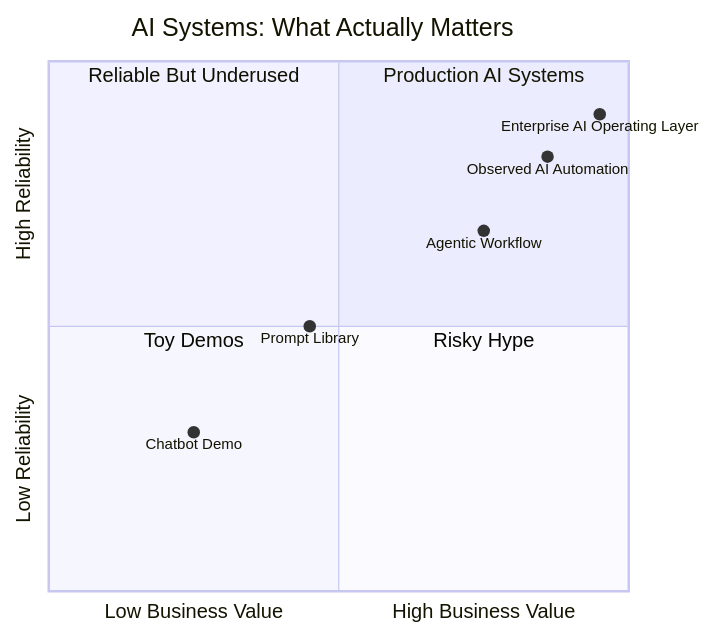
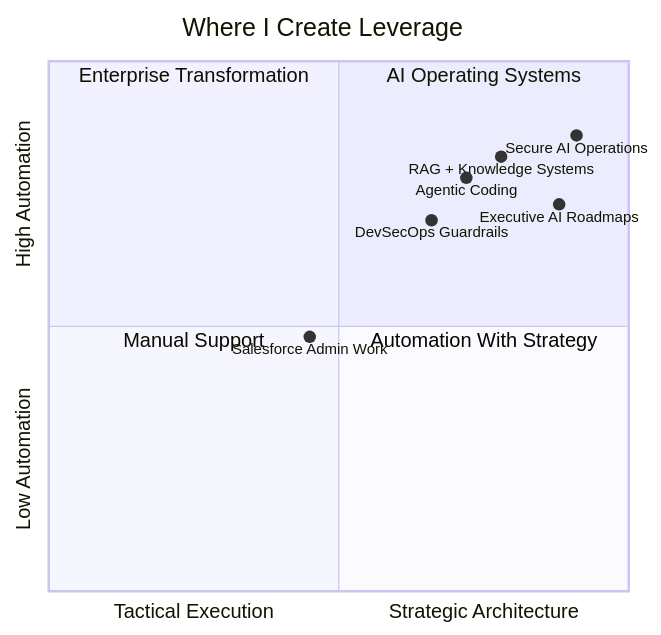
One commit to MahaKoala/MahaKoala changed the seventh of 7 diagrams in README.md. Above: the diagram before and after it, drawn with Mermaid. The commit also changed other lines of this file, not shown here.

````diff
--- a/README.md
+++ b/README.md
@@ -343,15 +389,16 @@
 ```mermaid
 quadrantChart
-    title AI Systems: What Actually Matters
-    x-axis Low Business Value --> High Business Value
-    y-axis Low Reliability --> High Reliability
-    quadrant-1 Production AI Systems
-    quadrant-2 Reliable But Underused
-    quadrant-3 Toy Demos
-    quadrant-4 Risky Hype
-    "Chatbot Demo": [0.25, 0.30]
-    "Prompt Library": [0.45, 0.50]
-    "Agentic Workflow": [0.75, 0.68]
-    "Observed AI Automation": [0.86, 0.82]
-    "Enterprise AI Operating Layer": [0.95, 0.90]
+    title Where I Create Leverage
+    x-axis Tactical Execution --> Strategic Architecture
+    y-axis Low Automation --> High Automation
+    quadrant-1 AI Operating Systems
+    quadrant-2 Enterprise Transformation
+    quadrant-3 Manual Support
+    quadrant-4 Automation With Strategy
+    "Salesforce Admin Work": [0.45, 0.48]
+    "Agentic Coding": [0.72, 0.78]
+    "DevSecOps Guardrails": [0.66, 0.70]
+    "RAG + Knowledge Systems": [0.78, 0.82]
+    "Executive AI Roadmaps": [0.88, 0.73]
+    "Secure AI Operations": [0.91, 0.86]
 ```
````
